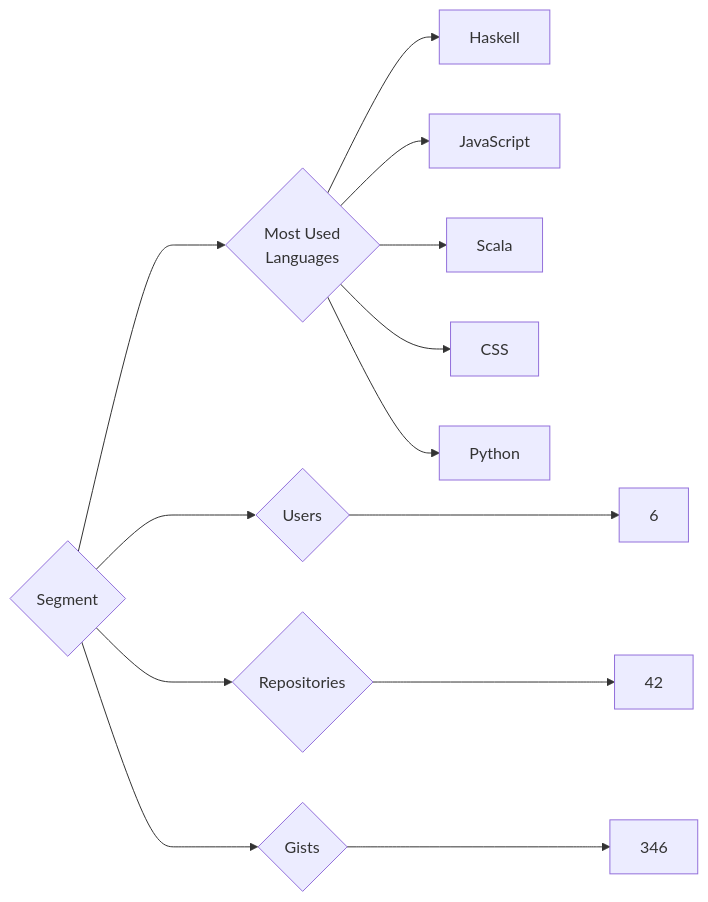
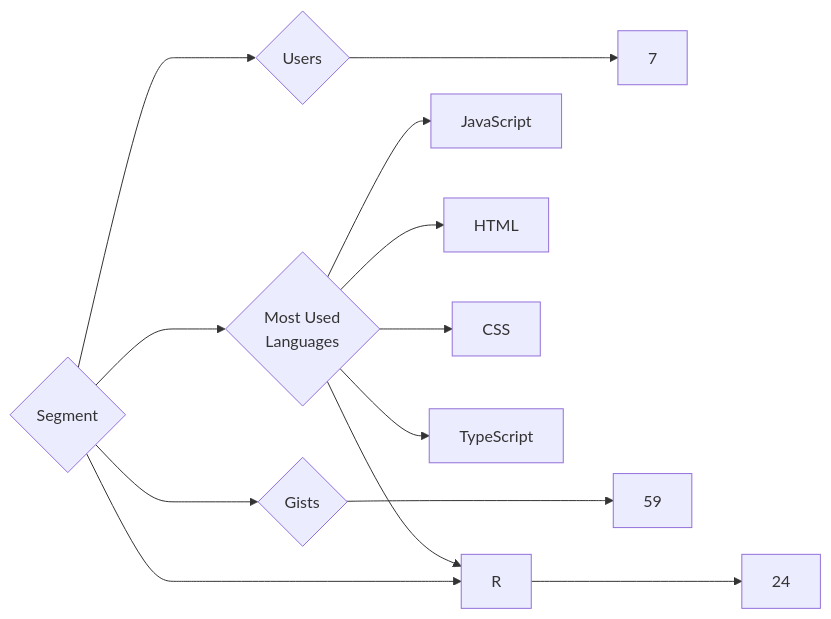
Before and after one commit to trickest/insiders: the diagram in targets/Segment/README.md, drawn with Mermaid. The commit also changed 815 other files, not shown here.

````diff
--- a/targets/Segment/README.md
+++ b/targets/Segment/README.md
@@ -3,13 +3,13 @@
 ```mermaid
 graph LR
 COMPANY_NAME{Segment}
-COMPANY_NAME ---> U{Users} ---> UN[6]
-COMPANY_NAME ---> R{Repositories} ---> RN[42]
-COMPANY_NAME ---> G{Gists} ---> GN[346]
+COMPANY_NAME ---> U{Users} ---> UN[7]
+COMPANY_NAME ---> R{Repositories} ---> RN[24]
+COMPANY_NAME ---> G{Gists} ---> GN[59]
 COMPANY_NAME ---> ML{Most Used<br>Languages}
-ML --> Haskell[Haskell]
 ML --> JavaScript[JavaScript]
-ML --> Scala[Scala]
+ML --> HTML[HTML]
 ML --> CSS[CSS]
-ML --> Python[Python]
+ML --> TypeScript[TypeScript]
+ML --> R[R]
 ```
````
